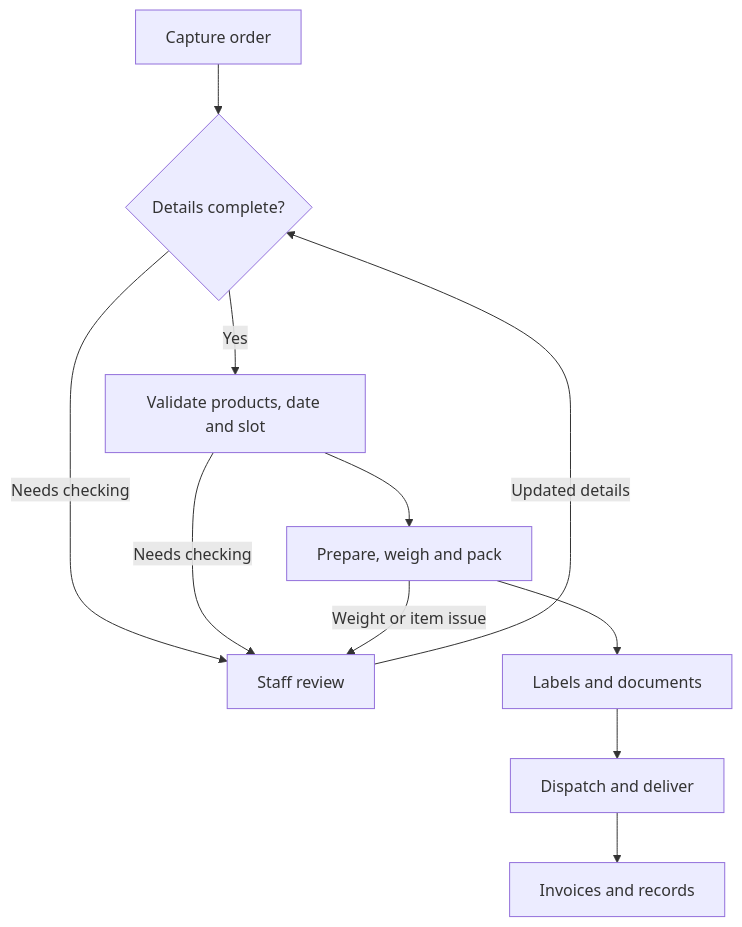
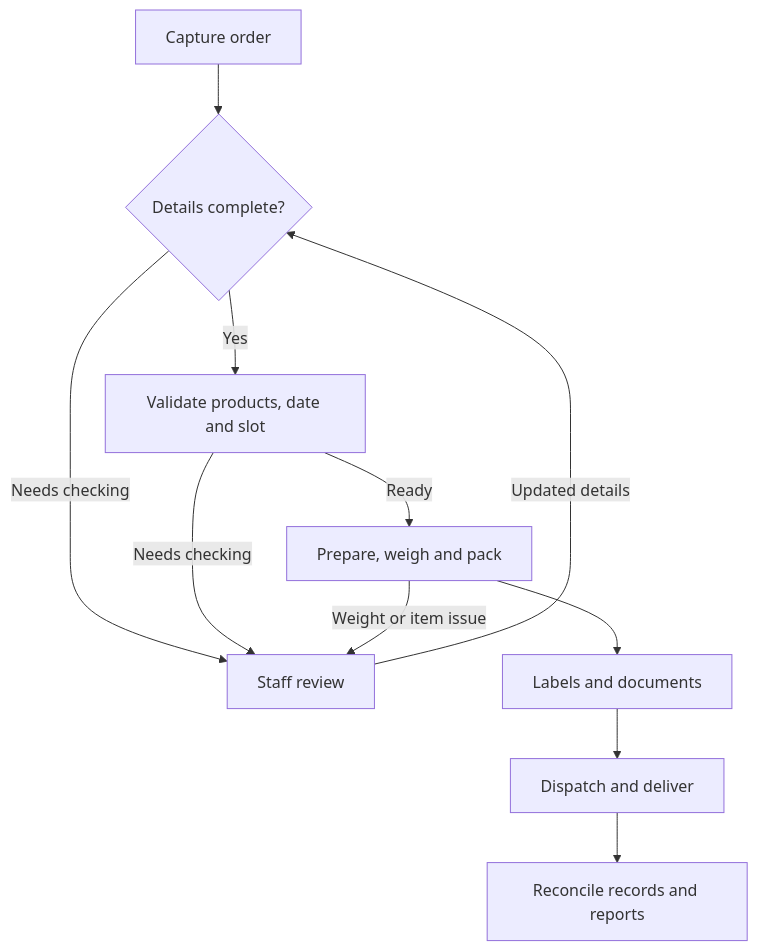
One commit to ShuaibSahib2017/meatorderpro-showcase changed the first of 3 diagrams in README.md. Above: the diagram before and after it, drawn with Mermaid. The commit also changed other lines of this file, not shown here.

````diff
--- a/README.md
+++ b/README.md
@@ -42,13 +43,13 @@
 ```mermaid
 flowchart TD
     A["Capture order"] --> B{"Details complete?"}
     B -->|Yes| C["Validate products, date and slot"]
     B -->|Needs checking| R["Staff review"]
     C -->|Needs checking| R
     R -->|Updated details| B
-    C --> D["Prepare, weigh and pack"]
+    C -->|Ready| D["Prepare, weigh and pack"]
     D -->|Weight or item issue| R
     D --> E["Labels and documents"]
     E --> F["Dispatch and deliver"]
-    F --> G["Invoices and records"]
+    F --> G["Reconcile records and reports"]
 ```
````
